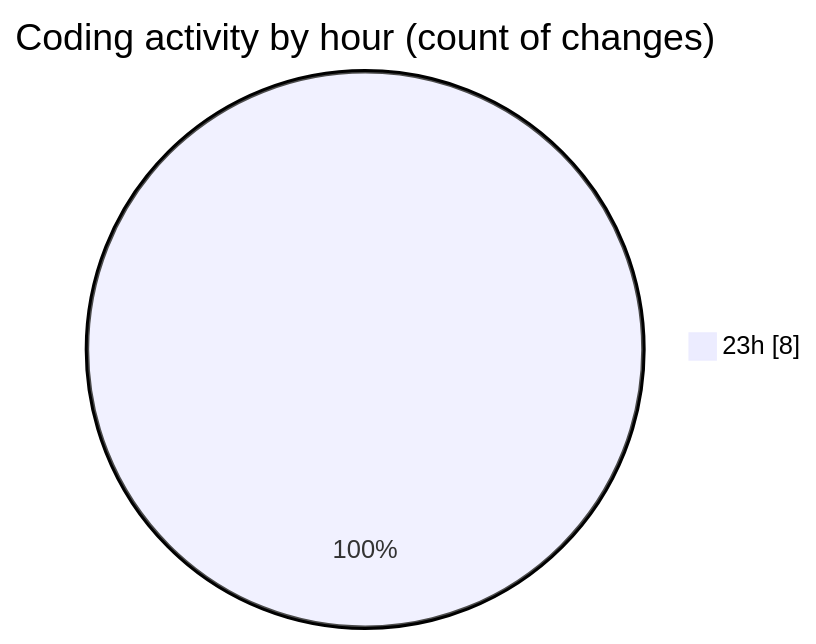
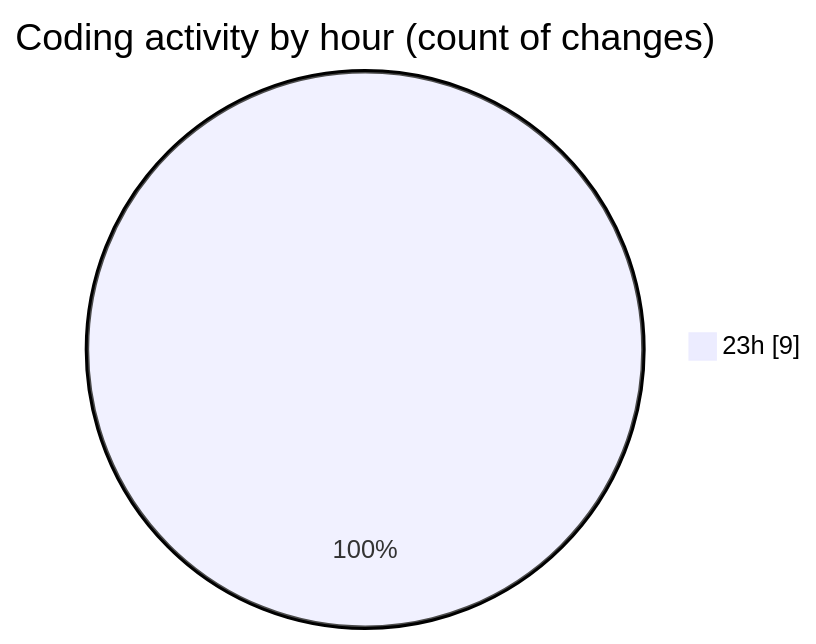
One commit to charlie-sans/code-tracking changed the second of 2 diagrams in 2025-03-18/jmasm/README.md. Above: the diagram before and after it, drawn with Mermaid. The commit also changed other lines of this file and 1 other file, not shown here.

````diff
--- a/2025-03-18/jmasm/README.md
+++ b/2025-03-18/jmasm/README.md
@@ -33,5 +34,5 @@
 ```mermaid
 pie showData
 title Coding activity by hour (count of changes)
-"23h" : 8
+"23h" : 9
 ```
````
